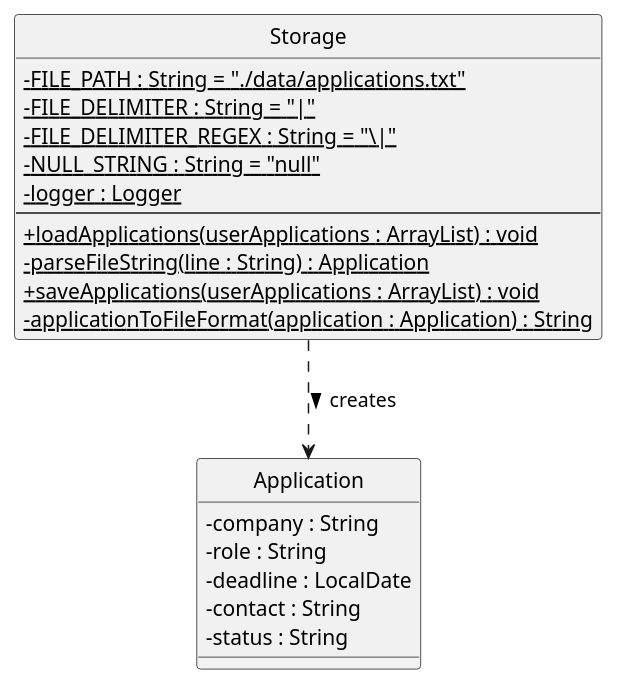
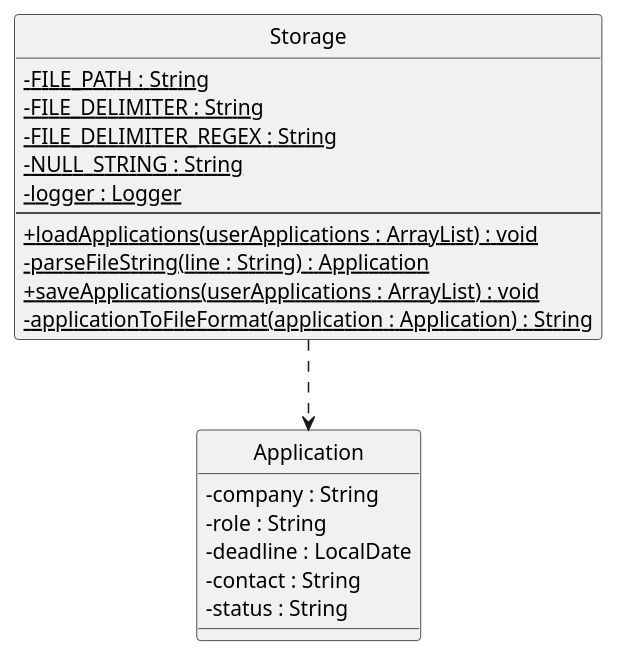
Before and after one commit to hykzr/tp: the diagram in docs/diagrams/storage_class_diag.puml, drawn with PlantUML. The commit also changed 4 other files, not shown here.

Commit message:
Simplify and declutter diagrams in DG

```diff
--- a/docs/diagrams/storage_class_diag.puml
+++ b/docs/diagrams/storage_class_diag.puml
@@ -1,32 +1,32 @@
 @startuml
 
 skinparam classAttributeIconSize 0
 skinparam ClassSeparatorColor black
 skinparam ClassSeparatorThickness 1
 hide circle
 hide stereotype
 
 class Storage {
-  - {static} FILE_PATH : String = "./data/applications.txt"
-  - {static} FILE_DELIMITER : String = "|"
-  - {static} FILE_DELIMITER_REGEX : String = "\\|"
-  - {static} NULL_STRING : String = "null"
+  - {static} FILE_PATH : String
+  - {static} FILE_DELIMITER : String
+  - {static} FILE_DELIMITER_REGEX : String
+  - {static} NULL_STRING : String
   - {static} logger : Logger
   --
   + {static} loadApplications(userApplications : ArrayList) : void
   - {static} parseFileString(line : String) : Application
   + {static} saveApplications(userApplications : ArrayList) : void
   - {static} applicationToFileFormat(application : Application) : String
 }
 
 class Application {
   - company : String
   - role : String
   - deadline : LocalDate
   - contact : String
   - status : String
 }
 
-Storage ..> Application :> creates
+Storage ..> Application
 
 @enduml
```
